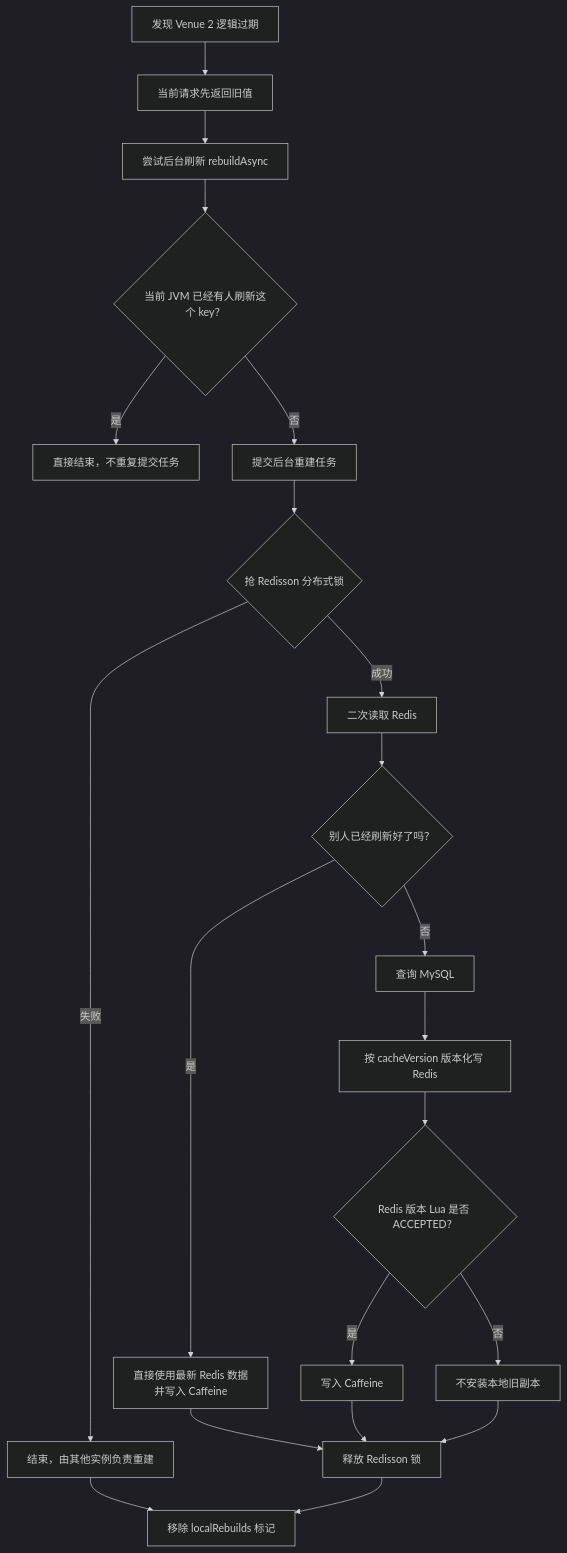
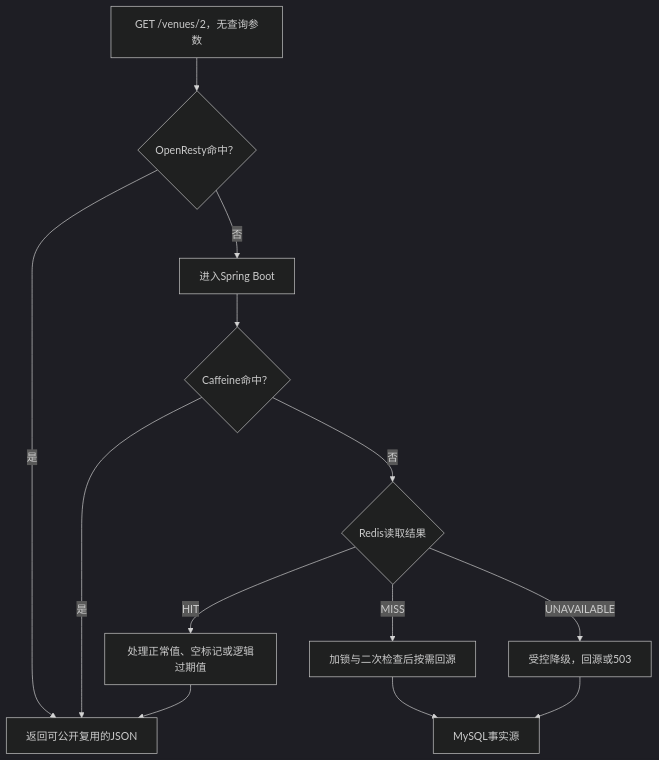
The first of 5 diagrams in 02-多级缓存一致性.md (SyH-101/citypass-platform), drawn with Mermaid (dark theme) before and after one commit. The commit also changed other lines of this file, not shown here.

Commit message:
docs: explain cache resume clauses with source walkthroughs and 15 interview questions

````diff
--- a/02-多级缓存一致性.md
+++ b/02-多级缓存一致性.md
@@ -416,28 +57,15 @@
 ```mermaid
 flowchart TD
-    A["发现 Venue 2 逻辑过期"] --> B["当前请求先返回旧值"]
-    B --> C["尝试后台刷新 rebuildAsync"]
-    C --> D{"当前 JVM 已经有人刷新这个 key？"}
-
-    D -->|是| E["直接结束，不重复提交任务"]
-    D -->|否| F["提交后台重建任务"]
-
-    F --> G{"抢 Redisson 分布式锁"}
-    G -->|失败| H["结束，由其他实例负责重建"]
-    G -->|成功| I["二次读取 Redis"]
-
-    I --> J{"别人已经刷新好了吗？"}
-    J -->|是| K["直接使用最新 Redis 数据\n并写入 Caffeine"]
-    J -->|否| L["查询 MySQL"]
-
-    L --> M["按 cacheVersion 版本化写 Redis"]
-    M --> N{"Redis 版本 Lua 是否 ACCEPTED？"}
-    N -->|是| O["写入 Caffeine"]
-    N -->|否| P["不安装本地旧副本"]
-
-    K --> Q["释放 Redisson 锁"]
-    O --> Q
-    P --> Q
-    H --> R["移除 localRebuilds 标记"]
-    Q --> R
+    U["GET /venues/2，无查询参数"] --> G{"OpenResty命中？"}
+    G -->|是| R["返回可公开复用的JSON"]
+    G -->|否| J["进入Spring Boot"]
+    J --> C{"Caffeine命中？"}
+    C -->|是| R
+    C -->|否| D{"Redis读取结果"}
+    D -->|HIT| H["处理正常值、空标记或逻辑过期值"]
+    D -->|MISS| M["加锁与二次检查后按需回源"]
+    D -->|UNAVAILABLE| F["受控降级，回源或503"]
+    H --> R
+    M --> B["MySQL事实源"]
+    F --> B
 ```
````
